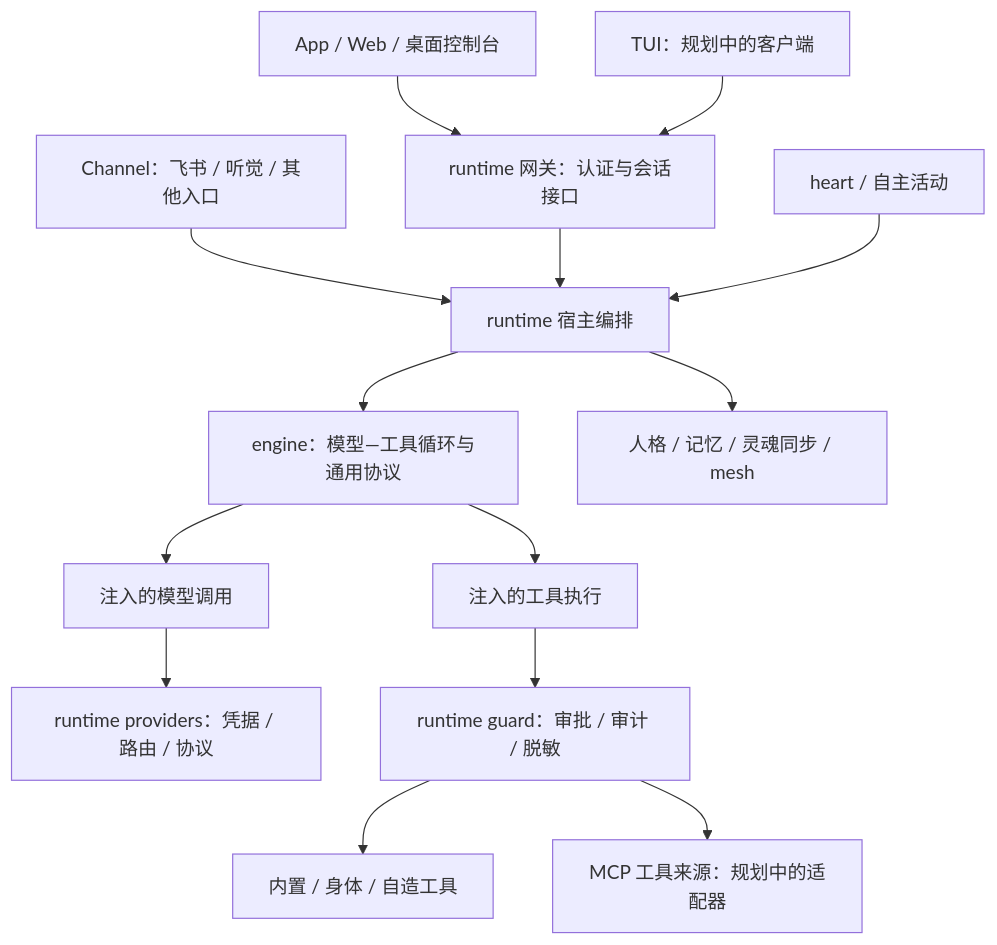
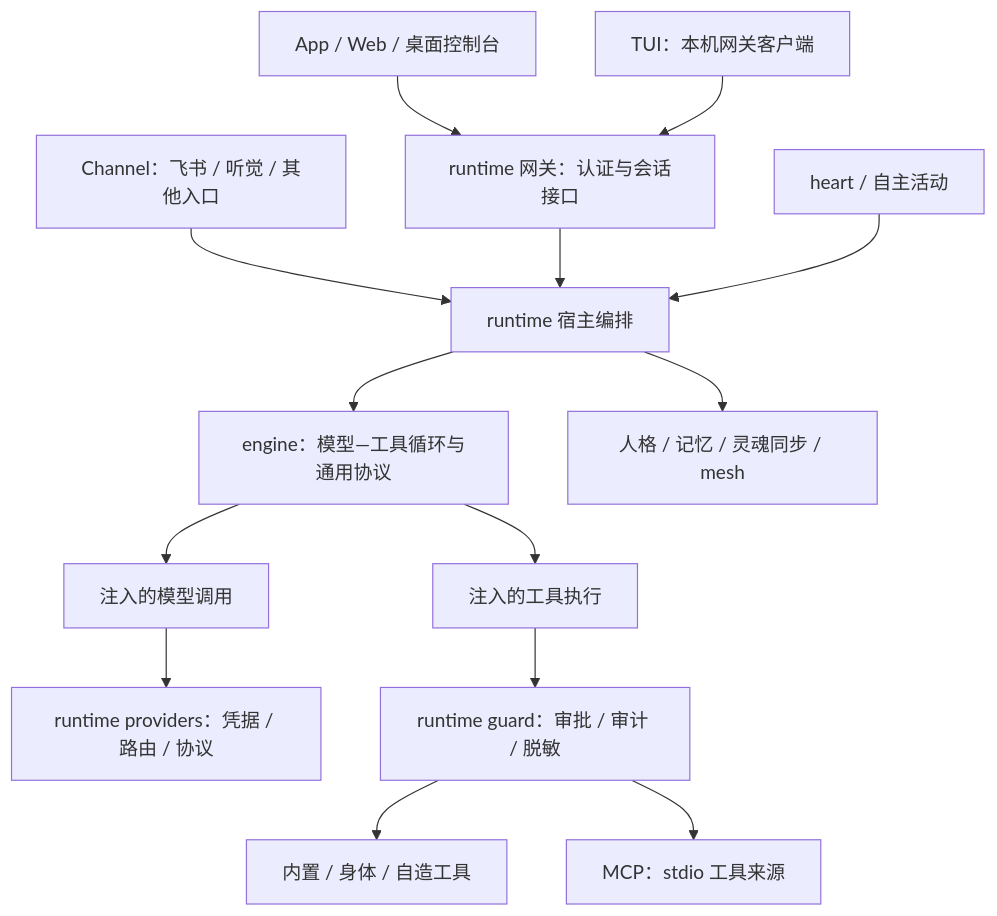
Before and after one commit to Causally-XYZ/Project.Quetzal: the diagram in docs/engine/DESIGN.md, drawn with Mermaid. The commit also changed other lines of this file and 15 other files, not shown here.

Commit message:
同步内核后续切片现状路线图与整合验证证据

````diff
--- a/docs/engine/DESIGN.md
+++ b/docs/engine/DESIGN.md
@@ -15,16 +17,16 @@
 ```mermaid
 flowchart TB
   App["App / Web / 桌面控制台"] --> Gateway["runtime 网关：认证与会话接口"]
-  TUI["TUI：规划中的客户端"] --> Gateway
+  TUI["TUI：本机网关客户端"] --> Gateway
   Channel["Channel：飞书 / 听觉 / 其他入口"] --> Host["runtime 宿主编排"]
   Gateway --> Host
   Heart["heart / 自主活动"] --> Host
   Host --> Engine["engine：模型—工具循环与通用协议"]
   Engine --> ModelPort["注入的模型调用"]
   Engine --> ToolPort["注入的工具执行"]
   ModelPort --> Providers["runtime providers：凭据 / 路由 / 协议"]
   ToolPort --> Guard["runtime guard：审批 / 审计 / 脱敏"]
   Guard --> Local["内置 / 身体 / 自造工具"]
-  Guard --> MCP["MCP 工具来源：规划中的适配器"]
+  Guard --> MCP["MCP：stdio 工具来源"]
   Host --> Memory["人格 / 记忆 / 灵魂同步 / mesh"]
 ```
````
